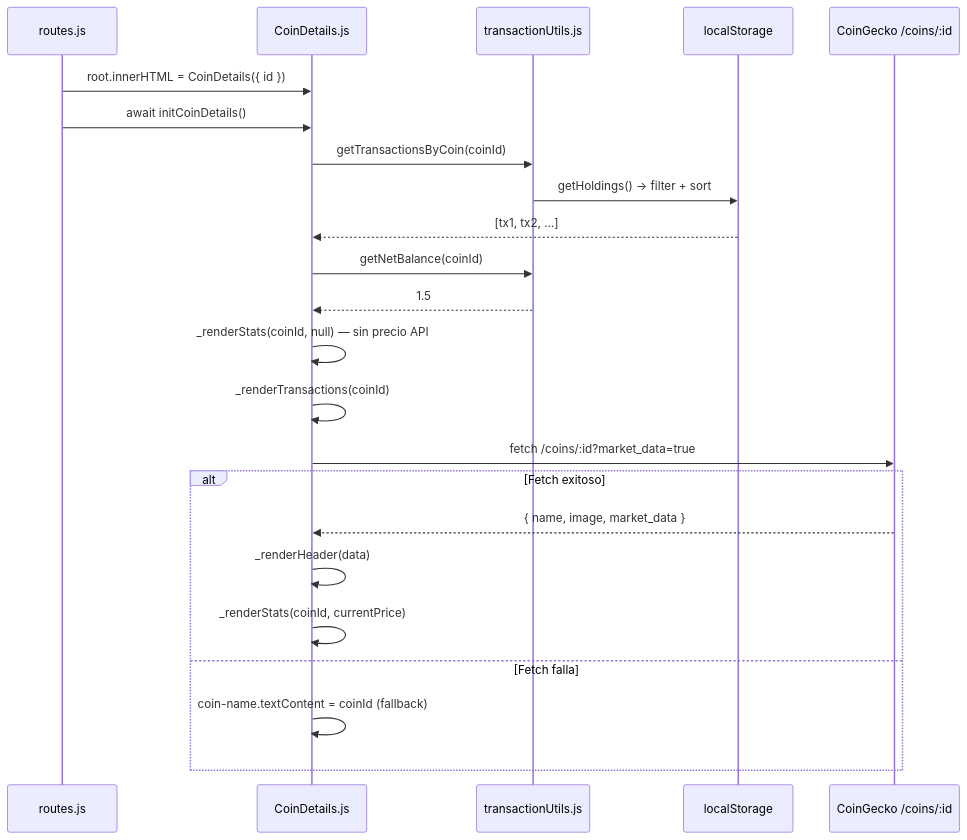
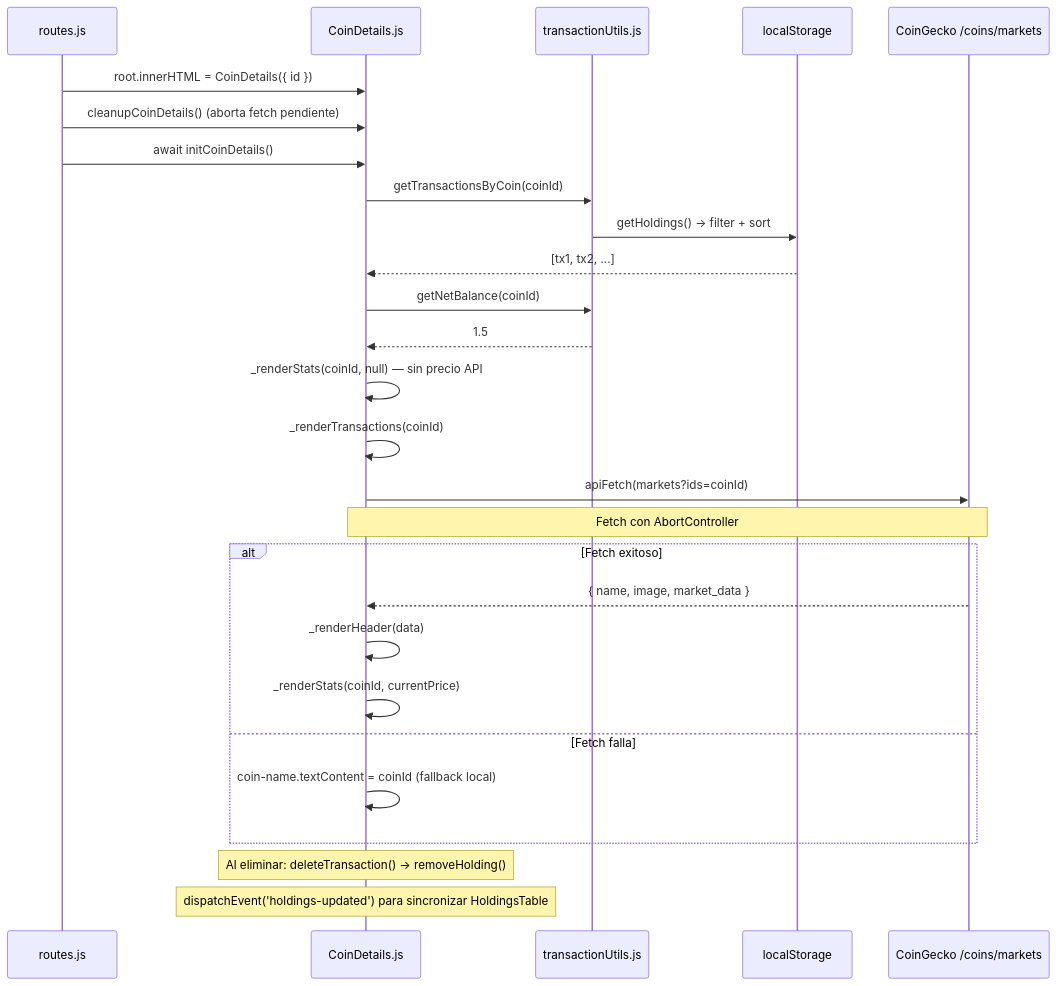
Before and after one commit to EdGonzz/caletaJS: the tenth of 11 diagrams in docs/arquitectura/flujo-de-datos.md, drawn with Mermaid. The commit also changed other lines of this file and 6 other files, not shown here.

````diff
--- a/docs/arquitectura/flujo-de-datos.md
+++ b/docs/arquitectura/flujo-de-datos.md
@@ -299,26 +307,31 @@
 ```mermaid
 sequenceDiagram
     participant Router as routes.js
     participant CD as CoinDetails.js
     participant TU as transactionUtils.js
     participant LS as localStorage
-    participant API as CoinGecko /coins/:id
+    participant API as CoinGecko /coins/markets
 
     Router->>CD: root.innerHTML = CoinDetails({ id })
+    Router->>CD: cleanupCoinDetails()  (aborta fetch pendiente)
     Router->>CD: await initCoinDetails()
     CD->>TU: getTransactionsByCoin(coinId)
     TU->>LS: getHoldings() → filter + sort
     LS-->>CD: [tx1, tx2, ...]
     CD->>TU: getNetBalance(coinId)
     TU-->>CD: 1.5
     CD->>CD: _renderStats(coinId, null) — sin precio API
     CD->>CD: _renderTransactions(coinId)
-    CD->>API: fetch /coins/:id?market_data=true
+    CD->>API: apiFetch(markets?ids=coinId)
+    Note over CD,API: Fetch con AbortController
     alt Fetch exitoso
         API-->>CD: { name, image, market_data }
         CD->>CD: _renderHeader(data)
         CD->>CD: _renderStats(coinId, currentPrice)
     else Fetch falla
-        CD->>CD: coin-name.textContent = coinId (fallback)
+        CD->>CD: coin-name.textContent = coinId (fallback local)
     end
+
+    Note over CD: Al eliminar: deleteTransaction() → removeHolding()
+    Note over CD: dispatchEvent('holdings-updated') para sincronizar HoldingsTable
 ```
````
